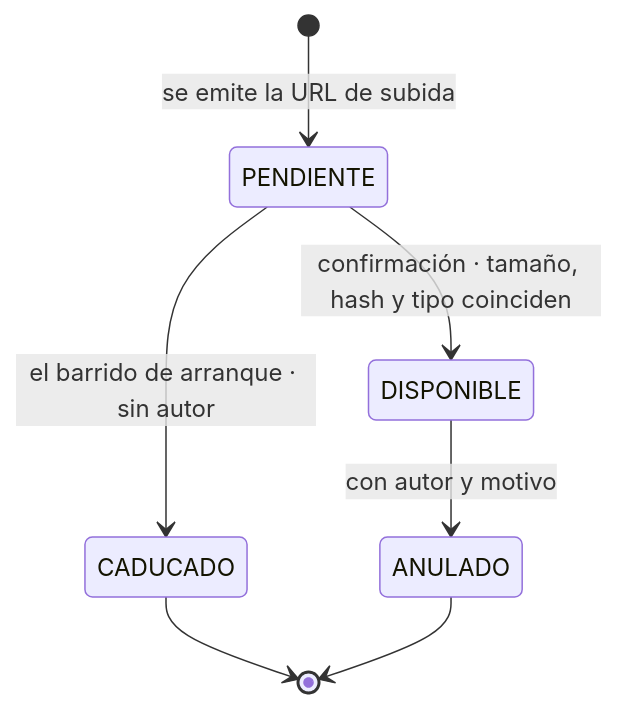
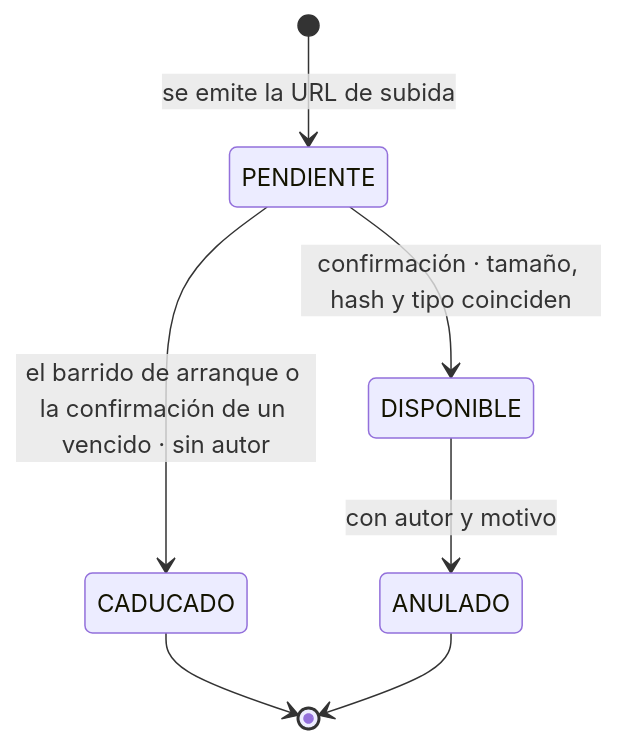
Diagram 17 of 18 in docs/03-modelo-datos.md (FranciscoRodSilva/IA4Devs-Proyecto-Final), drawn with Mermaid before and after one commit. The commit also changed other lines of this file and 46 other files, not shown here.

````diff
--- a/docs/03-modelo-datos.md
+++ b/docs/03-modelo-datos.md
@@ -1298,9 +1298,9 @@
 ```mermaid
 stateDiagram-v2
     [*] --> PENDIENTE: se emite la URL de subida
     PENDIENTE --> DISPONIBLE: confirmación · tamaño, hash y tipo coinciden
-    PENDIENTE --> CADUCADO: el barrido de arranque · sin autor
+    PENDIENTE --> CADUCADO: el barrido de arranque o la confirmación de un vencido · sin autor
     DISPONIBLE --> ANULADO: con autor y motivo
     CADUCADO --> [*]
     ANULADO --> [*]
 ```
````
